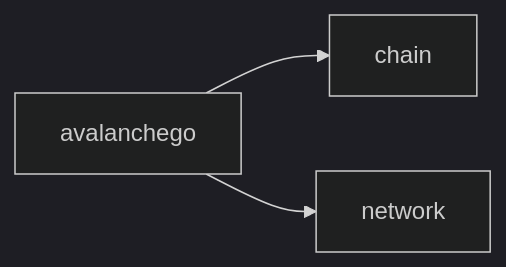
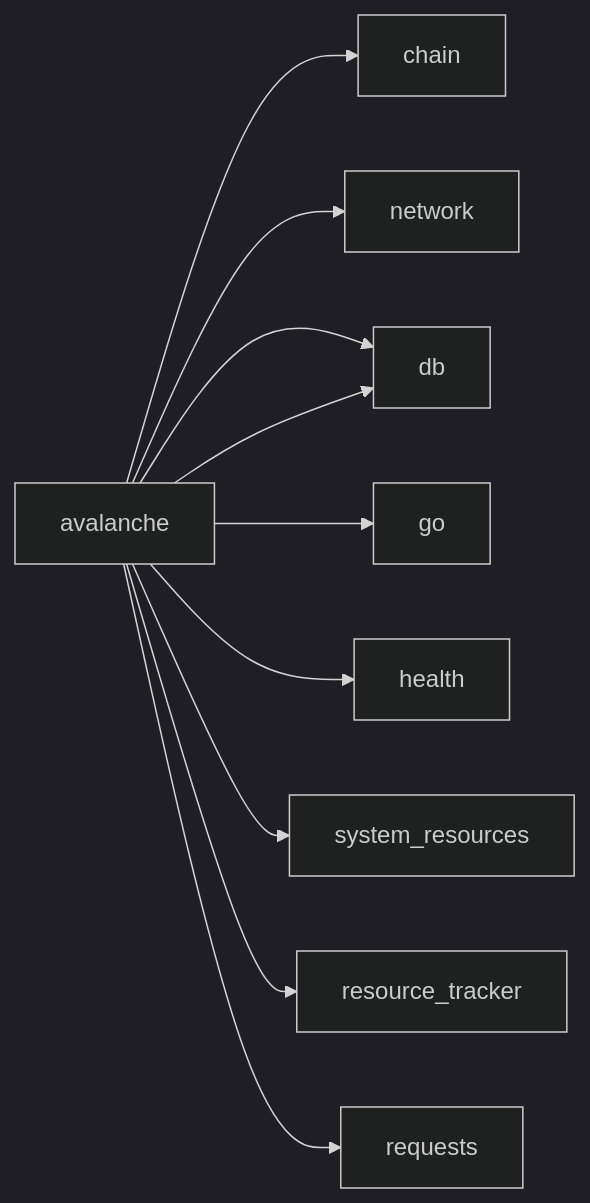
Before and after one commit to ava-labs/avalanchego: the diagram in api/metrics/README.md, drawn with Mermaid (dark theme).

````diff
--- a/api/metrics/README.md
+++ b/api/metrics/README.md
@@ -3,5 +3,12 @@
 ```mermaid
 graph LR
-    A[avalanchego] --> B[chain]
+    A[avalanche] --> B[chain]
     A --> C[network]
+    A --> D[api]
+    A --> D[db]
+    A --> E[go]
+    A --> F[health]
+    A --> G[system_resources]
+    A --> H[resource_tracker]
+    A --> I[requests]
 ```
````
